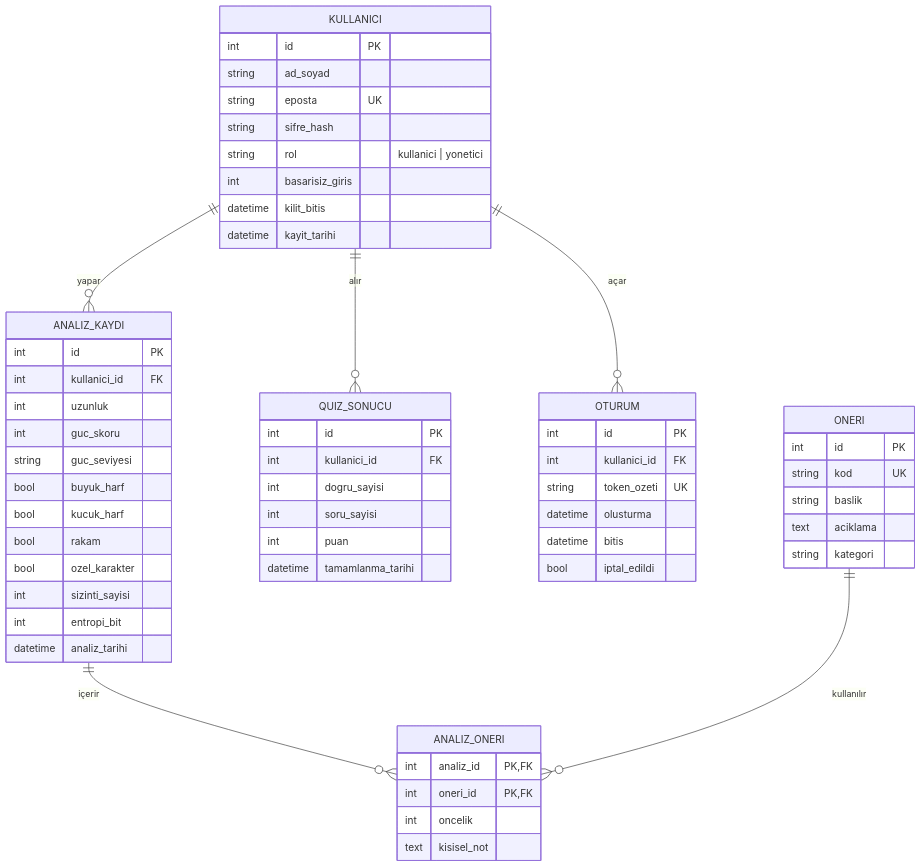
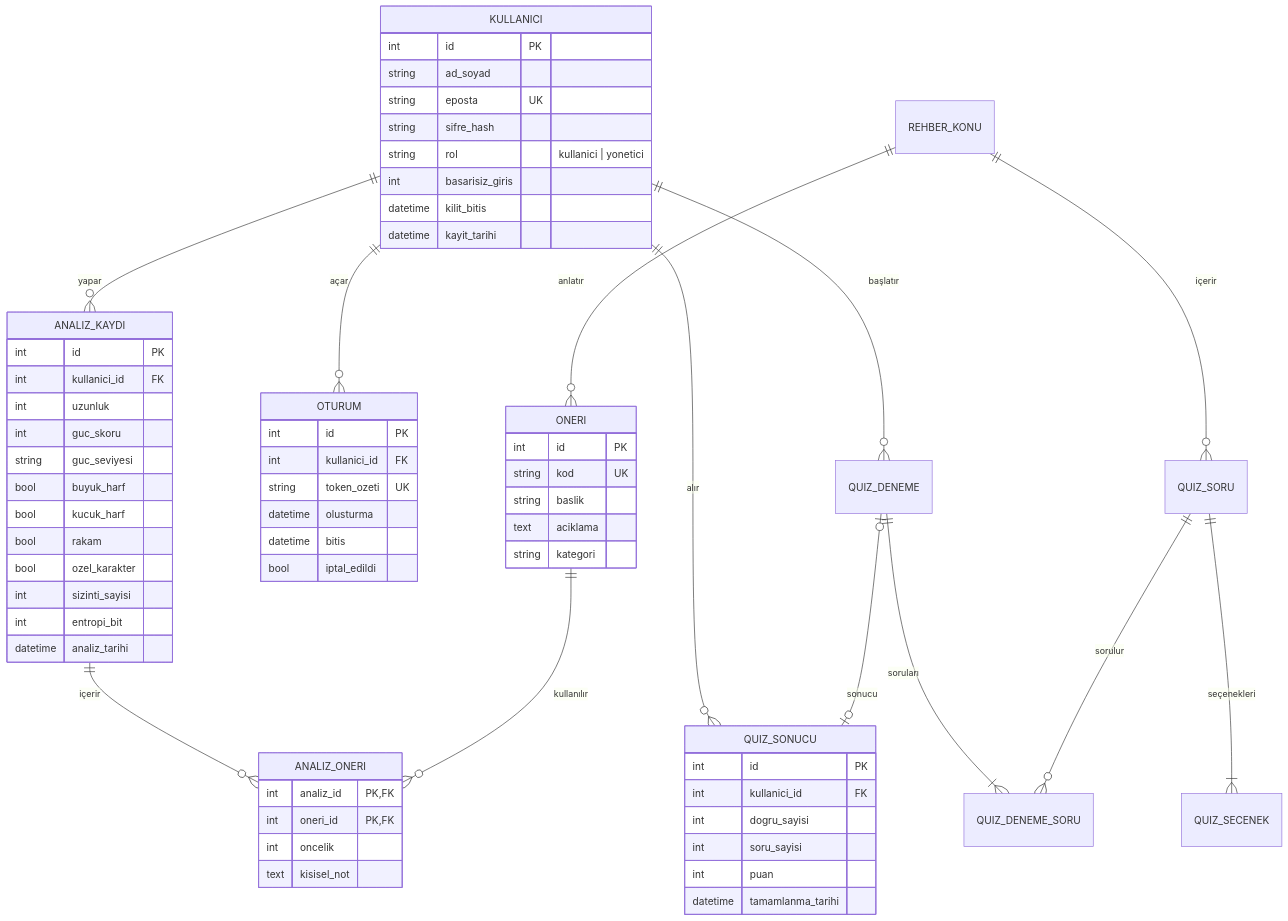
The diagram in docs/er_diyagrami.md (nehir-atilgan/parola-guvenlik), drawn with Mermaid before and after one commit. The commit also changed other lines of this file and 36 other files, not shown here.

````diff
--- a/docs/er_diyagrami.md
+++ b/docs/er_diyagrami.md
@@ -3,62 +3,69 @@
 ```mermaid
 erDiagram
     KULLANICI ||--o{ ANALIZ_KAYDI : "yapar"
     KULLANICI ||--o{ QUIZ_SONUCU : "alır"
     KULLANICI ||--o{ OTURUM : "açar"
+    REHBER_KONU ||--o{ QUIZ_SORU : "içerir"
+    QUIZ_SORU ||--|{ QUIZ_SECENEK : "seçenekleri"
+    REHBER_KONU ||--o{ ONERI : "anlatır"
+    KULLANICI ||--o{ QUIZ_DENEME : "başlatır"
+    QUIZ_DENEME ||--|{ QUIZ_DENEME_SORU : "soruları"
+    QUIZ_SORU ||--o{ QUIZ_DENEME_SORU : "sorulur"
+    QUIZ_DENEME |o--o| QUIZ_SONUCU : "sonucu"
     ANALIZ_KAYDI ||--o{ ANALIZ_ONERI : "içerir"
     ONERI ||--o{ ANALIZ_ONERI : "kullanılır"
 
     KULLANICI {
         int id PK
         string ad_soyad
         string eposta UK
         string sifre_hash
         string rol "kullanici | yonetici"
         int basarisiz_giris
         datetime kilit_bitis
         datetime kayit_tarihi
     }
     ANALIZ_KAYDI {
         int id PK
         int kullanici_id FK
         int uzunluk
         int guc_skoru
         string guc_seviyesi
         bool buyuk_harf
         bool kucuk_harf
         bool rakam
         bool ozel_karakter
         int sizinti_sayisi
         int entropi_bit
         datetime analiz_tarihi
     }
     ONERI {
         int id PK
         string kod UK
         string baslik
         text aciklama
         string kategori
     }
     ANALIZ_ONERI {
         int analiz_id PK,FK
         int oneri_id PK,FK
         int oncelik
         text kisisel_not
     }
     QUIZ_SONUCU {
         int id PK
         int kullanici_id FK
         int dogru_sayisi
         int soru_sayisi
         int puan
         datetime tamamlanma_tarihi
     }
     OTURUM {
         int id PK
         int kullanici_id FK
         string token_ozeti UK
         datetime olusturma
         datetime bitis
         bool iptal_edildi
     }
 ```
````
